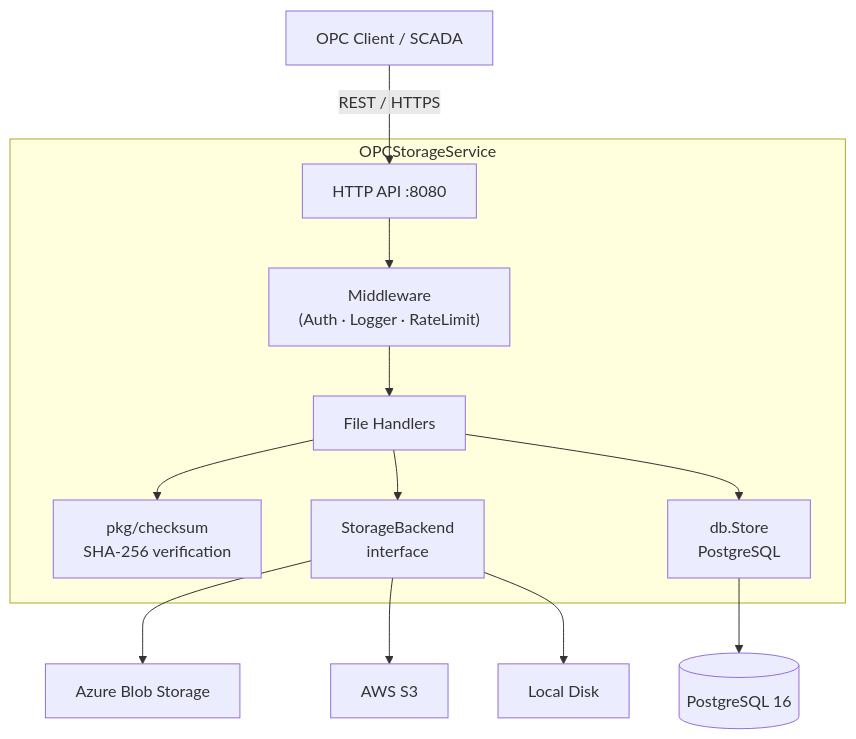
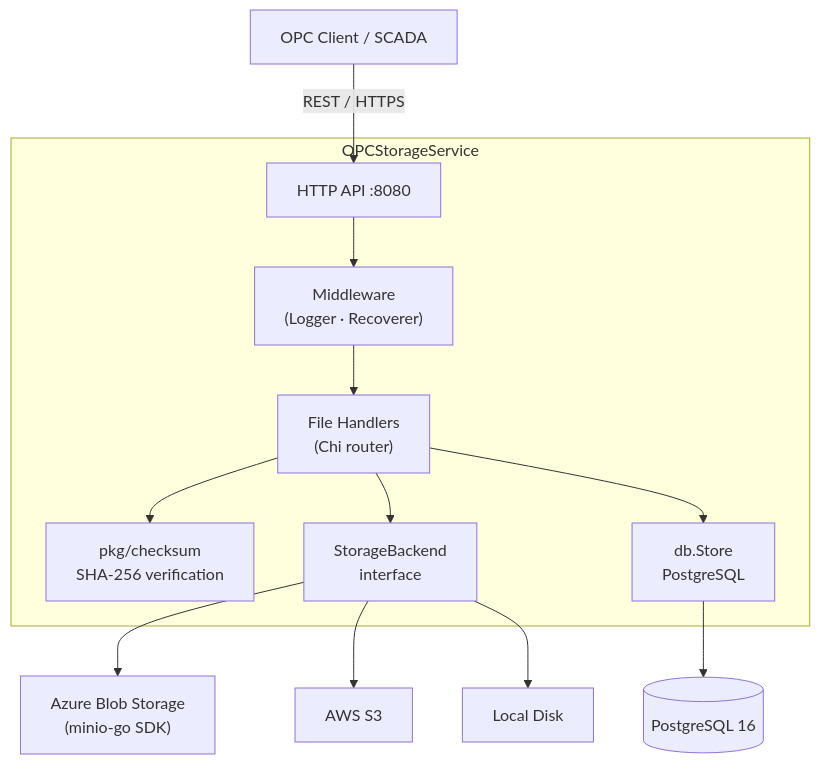
One commit to be1ani/opcss changed the diagram in README.md. Above: the diagram before and after it, drawn with Mermaid. The commit also changed other lines of this file and 1 other file, not shown here.

````diff
--- a/README.md
+++ b/README.md
@@ -18,18 +22,18 @@
 ```mermaid
 graph TD
     Client["OPC Client / SCADA"] -->|REST / HTTPS| API["HTTP API :8080"]
 
     subgraph OPCStorageService
-        API --> MW["Middleware\n(Auth · Logger · RateLimit)"]
-        MW --> H["File Handlers"]
+        API --> MW["Middleware\n(Logger · Recoverer)"]
+        MW --> H["File Handlers\n(Chi router)"]
         H --> CS["pkg/checksum\nSHA-256 verification"]
         H --> Store["StorageBackend\ninterface"]
         H --> DB["db.Store\nPostgreSQL"]
     end
 
-    Store --> Azure["Azure Blob Storage"]
+    Store --> Azure["Azure Blob Storage\n(minio-go SDK)"]
     Store --> S3["AWS S3"]
     Store --> Disk["Local Disk"]
 
     DB --> PG[("PostgreSQL 16")]
 ```
````
